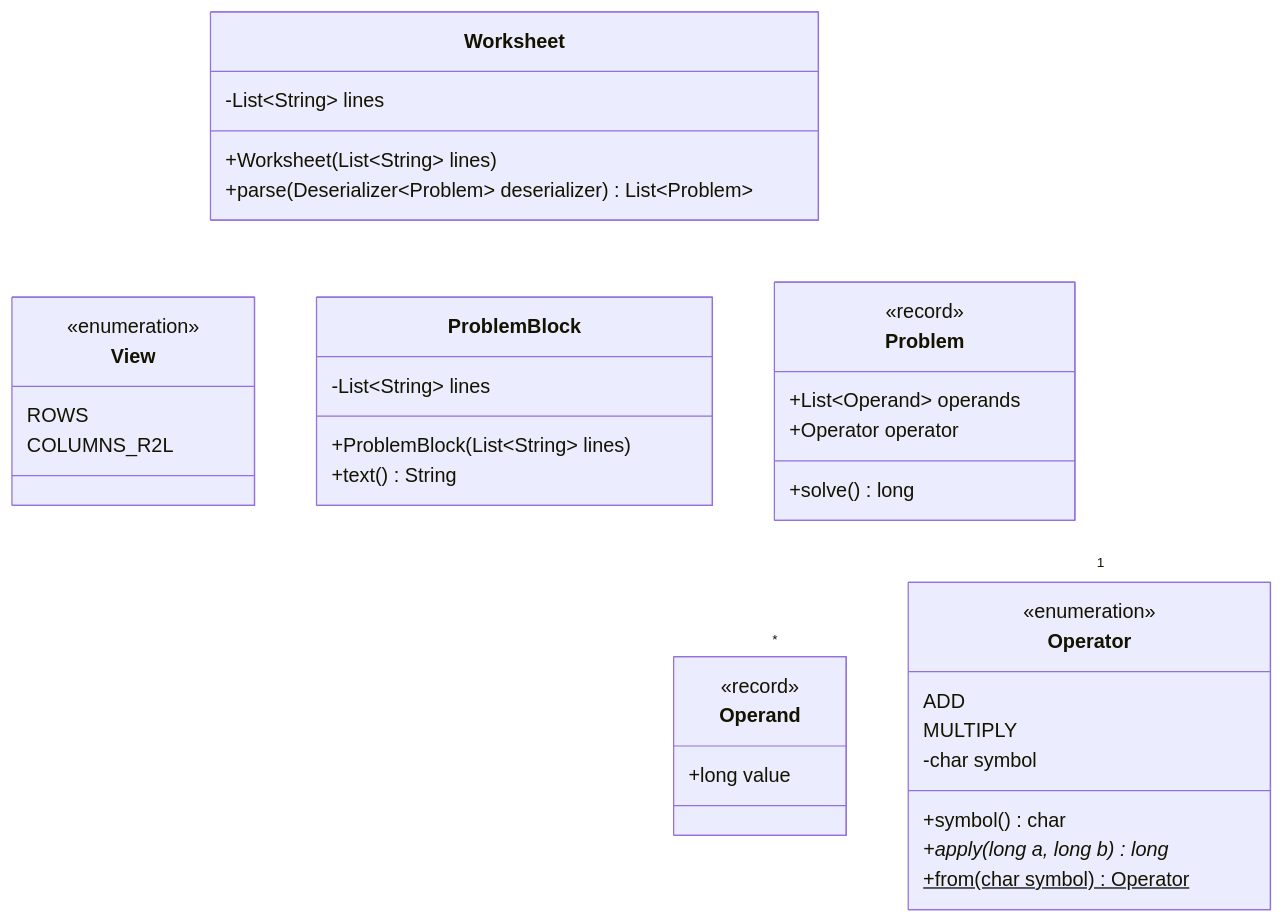
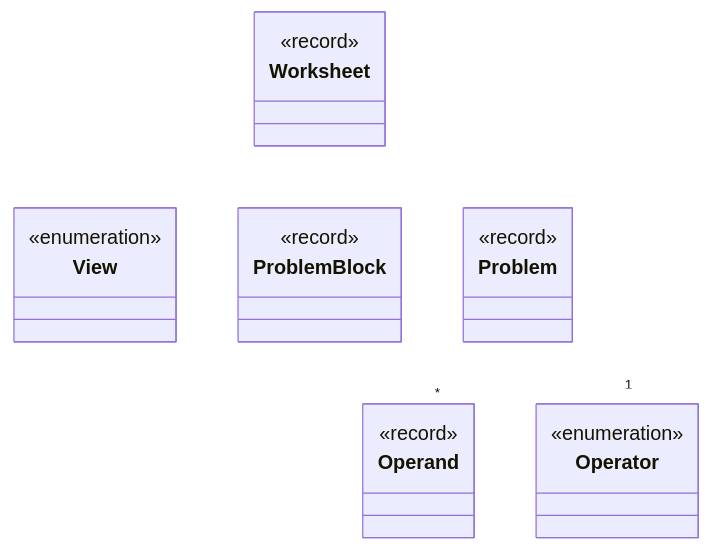
Before and after one commit to lauraheerrera/aoc2025: the diagram in UML diagrams/uml_day06.md, drawn with Mermaid. The commit also changed 76 other files, not shown here.

````diff
--- a/UML diagrams/uml_day06.md
+++ b/UML diagrams/uml_day06.md
@@ -3,45 +3,29 @@
 ```mermaid
 %%{init: { 'themeVariables': { 'lineColor': '#FFFFFF' } } }%%
 classDiagram
     direction TB
     class Worksheet {
-        -List~String~ lines
-        +Worksheet(List~String~ lines)
-        +parse(Deserializer~Problem~ deserializer) List~Problem~
+        <<record>>
     }
     class View {
         <<enumeration>>
-        ROWS
-        COLUMNS_R2L
     }
     class ProblemBlock {
-        -List~String~ lines
-        +ProblemBlock(List~String~ lines)
-        +text() String
+        <<record>>
     }
     class Problem {
         <<record>>
-        +List~Operand~ operands
-        +Operator operator
-        +solve() long
     }
     class Operand {
         <<record>>
-        +long value
     }
     class Operator {
         <<enumeration>>
-        ADD
-        MULTIPLY
-        -char symbol
-        +symbol() char
-        +apply(long a, long b)* long
-        +from(char symbol)$ Operator
     }
 
     Worksheet *-- View
     Worksheet ..> ProblemBlock 
     Worksheet ..> Problem
     Problem --> "*" Operand
     Problem --> "1" Operator
 ```
````
